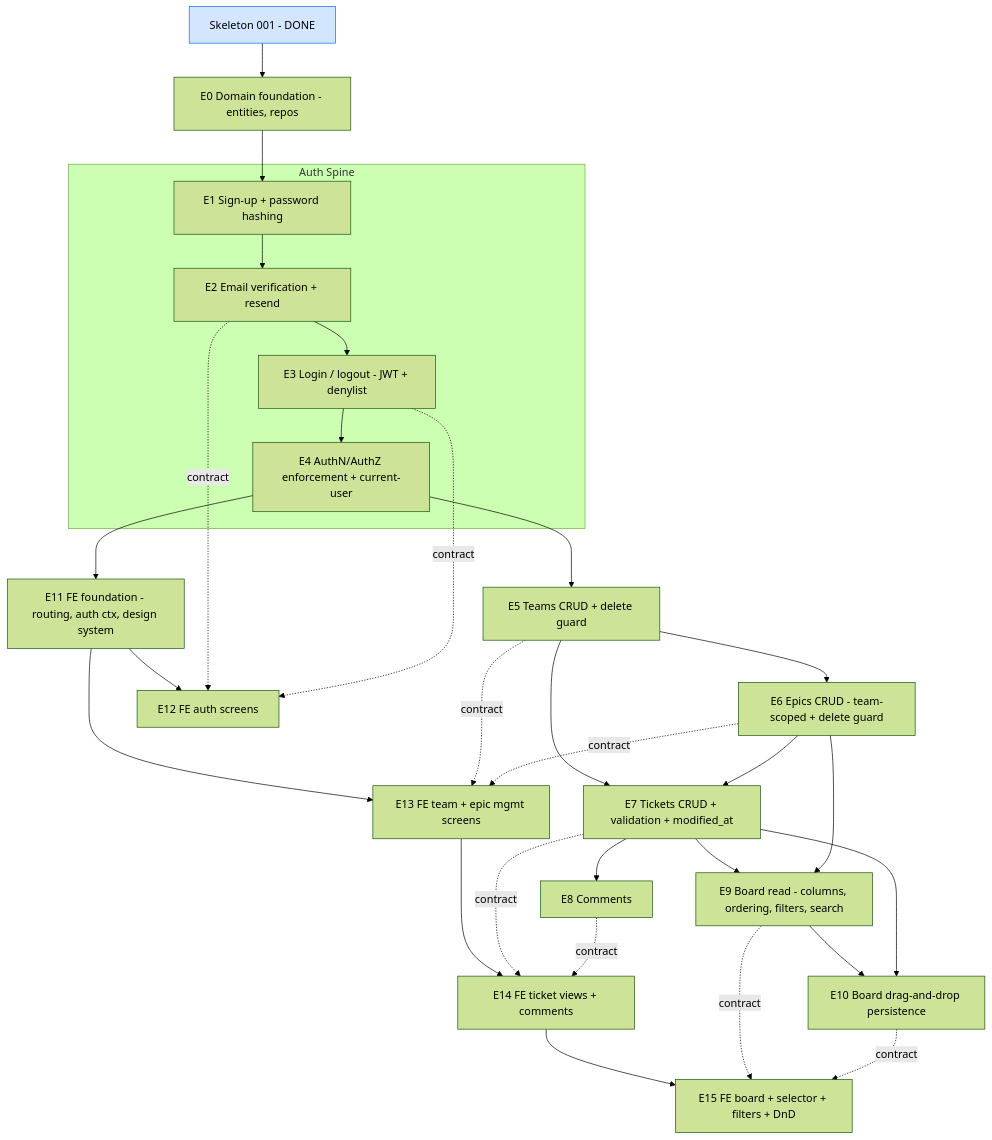
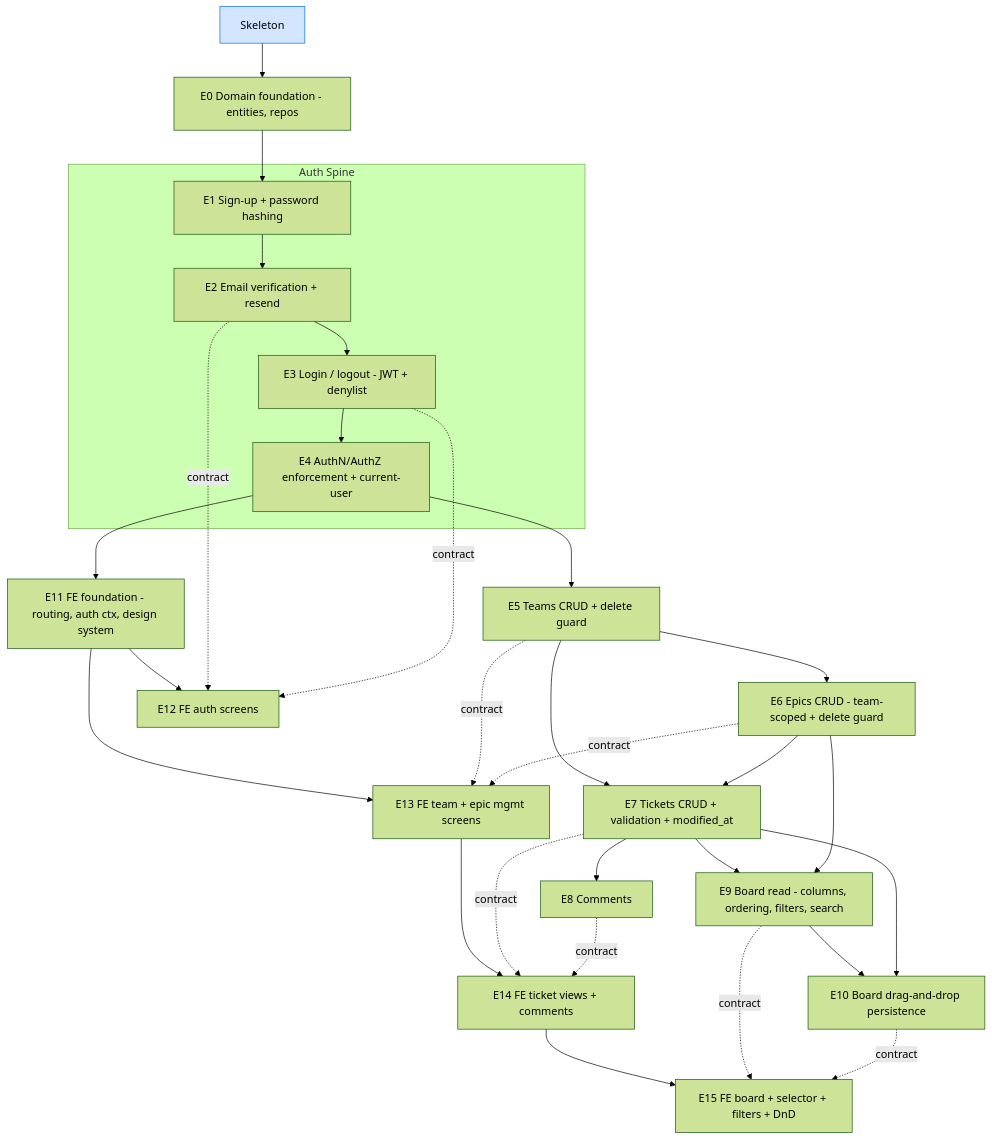
Before and after one commit to bovae/yet-another-jira: the diagram in requirements/epics-catalog.md, drawn with Mermaid (forest theme). The commit also changed 4 other files, not shown here.

````diff
--- a/requirements/epics-catalog.md
+++ b/requirements/epics-catalog.md
@@ -63,54 +63,54 @@
 ```mermaid
 graph TD
-    SK[Skeleton 001 - DONE]:::done
+    SK[Skeleton]:::done
 
     subgraph Auth Spine
       A1[E1 Sign-up + password hashing]
       A2[E2 Email verification + resend]
       A3[E3 Login / logout - JWT + denylist]
       A4[E4 AuthN/AuthZ enforcement + current-user]
     end
 
     F0[E0 Domain foundation - entities, repos]
 
     B[E5 Teams CRUD + delete guard]
     C[E6 Epics CRUD - team-scoped + delete guard]
     D[E7 Tickets CRUD + validation + modified_at]
     CM[E8 Comments]
     BD[E9 Board read - columns, ordering, filters, search]
     DND[E10 Board drag-and-drop persistence]
 
     FEF[E11 FE foundation - routing, auth ctx, design system]
     FEA[E12 FE auth screens]
     FET[E13 FE team + epic mgmt screens]
     FETk[E14 FE ticket views + comments]
     FEB[E15 FE board + selector + filters + DnD]
 
     SK --> F0
     F0 --> A1 --> A2 --> A3 --> A4
     A4 --> B
     B --> C
     B --> D
     C --> D
     D --> CM
     D --> BD
     C --> BD
     BD --> DND
     D --> DND
 
     A4 --> FEF
     FEF --> FEA
     A2 -.contract.-> FEA
     A3 -.contract.-> FEA
     FEF --> FET
     B -.contract.-> FET
     C -.contract.-> FET
     FET --> FETk
     D -.contract.-> FETk
     CM -.contract.-> FETk
     FETk --> FEB
     BD -.contract.-> FEB
     DND -.contract.-> FEB
 
     classDef done fill:#d3e5ff,stroke:#0070f3;
 ```
````
